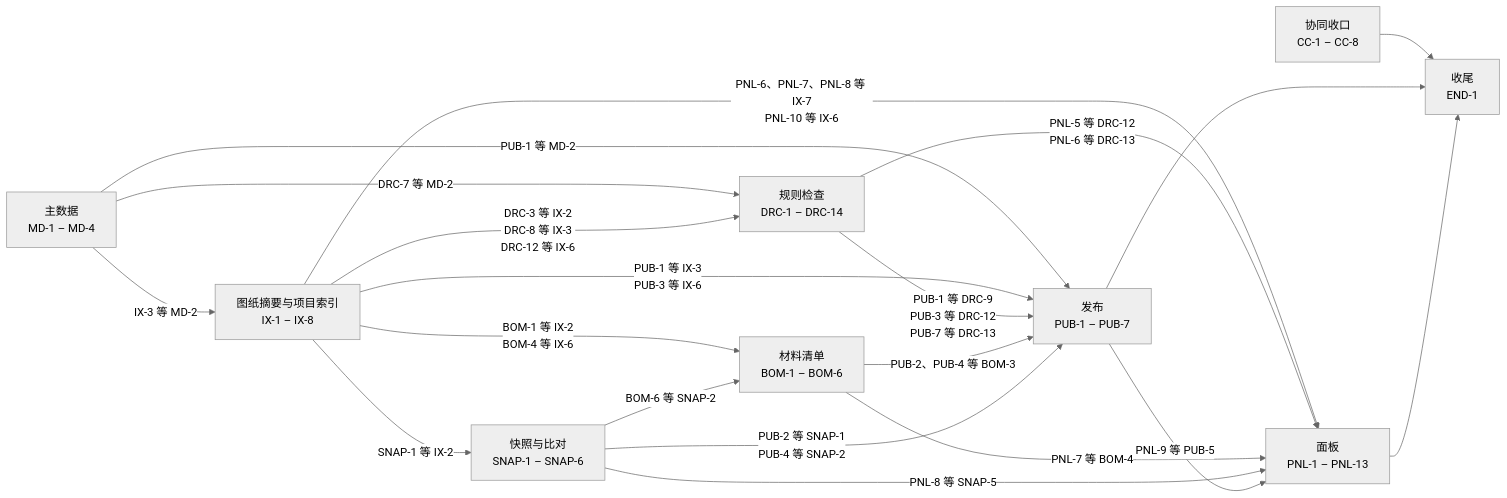
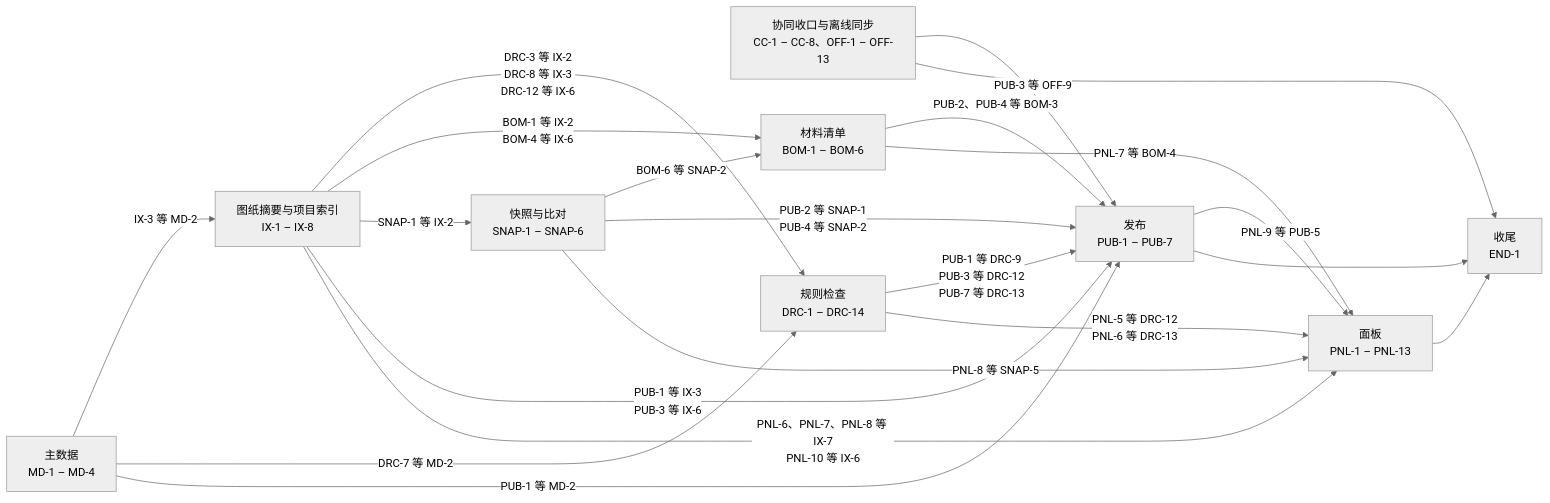
Before and after one commit to happyrust/OpenCADStudio: the diagram in docs/plans/2026-11-16-pid-dev-spec/plan.md, drawn with Mermaid (neutral theme). The commit also changed other lines of this file and 7 other files, not shown here.

````diff
--- a/docs/plans/2026-11-16-pid-dev-spec/plan.md
+++ b/docs/plans/2026-11-16-pid-dev-spec/plan.md
@@ -135,32 +136,33 @@
 ```mermaid
 flowchart LR
-    CC["协同收口<br/>CC-1 – CC-8"]
+    CC["协同收口与离线同步<br/>CC-1 – CC-8、OFF-1 – OFF-13"]
     MD["主数据<br/>MD-1 – MD-4"]
     IX["图纸摘要与项目索引<br/>IX-1 – IX-8"]
     DRC["规则检查<br/>DRC-1 – DRC-14"]
     BOM["材料清单<br/>BOM-1 – BOM-6"]
     SNAP["快照与比对<br/>SNAP-1 – SNAP-6"]
     PUB["发布<br/>PUB-1 – PUB-7"]
     PNL["面板<br/>PNL-1 – PNL-13"]
     END1["收尾<br/>END-1"]
 
     MD -->|"IX-3 等 MD-2"| IX
     MD -->|"DRC-7 等 MD-2"| DRC
     IX -->|"DRC-3 等 IX-2<br/>DRC-8 等 IX-3<br/>DRC-12 等 IX-6"| DRC
     IX -->|"BOM-1 等 IX-2<br/>BOM-4 等 IX-6"| BOM
     IX -->|"SNAP-1 等 IX-2"| SNAP
     SNAP -->|"BOM-6 等 SNAP-2"| BOM
     MD -->|"PUB-1 等 MD-2"| PUB
     IX -->|"PUB-1 等 IX-3<br/>PUB-3 等 IX-6"| PUB
     DRC -->|"PUB-1 等 DRC-9<br/>PUB-3 等 DRC-12<br/>PUB-7 等 DRC-13"| PUB
     BOM -->|"PUB-2、PUB-4 等 BOM-3"| PUB
     SNAP -->|"PUB-2 等 SNAP-1<br/>PUB-4 等 SNAP-2"| PUB
     IX -->|"PNL-6、PNL-7、PNL-8 等 IX-7<br/>PNL-10 等 IX-6"| PNL
     DRC -->|"PNL-5 等 DRC-12<br/>PNL-6 等 DRC-13"| PNL
     BOM -->|"PNL-7 等 BOM-4"| PNL
     SNAP -->|"PNL-8 等 SNAP-5"| PNL
     PUB -->|"PNL-9 等 PUB-5"| PNL
+    CC -->|"PUB-3 等 OFF-9"| PUB
     CC --> END1
     PUB --> END1
     PNL --> END1
 ```
````
